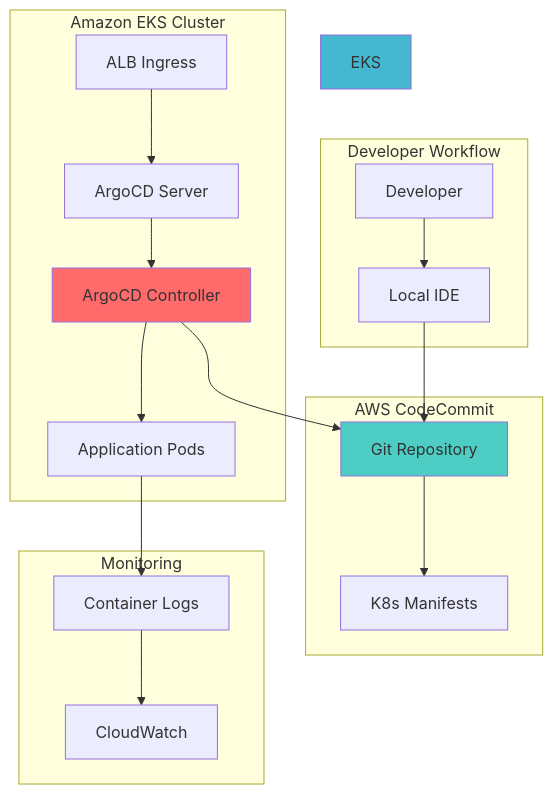
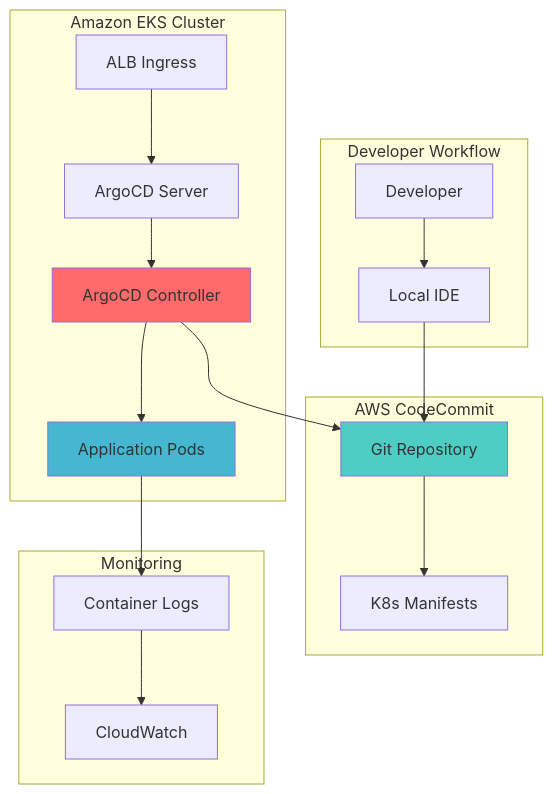
Before and after one commit to mzazon/awesome-cloud-projects: the diagram in aws/gitops-eks-argocd/gitops-eks-argocd.md, drawn with Mermaid. The commit also changed other lines of this file and 5581 other files, not shown here.

````diff
--- a/aws/gitops-eks-argocd/gitops-eks-argocd.md
+++ b/aws/gitops-eks-argocd/gitops-eks-argocd.md
@@ -30,38 +30,38 @@
 ```mermaid
 graph TB
     subgraph "Developer Workflow"
         DEV[Developer]
         IDE[Local IDE]
     end
     
     subgraph "AWS CodeCommit"
         REPO[Git Repository]
         CONFIG[K8s Manifests]
     end
     
     subgraph "Amazon EKS Cluster"
         ARGOCD[ArgoCD Controller]
         ARGOSRV[ArgoCD Server]
         APP[Application Pods]
         INGRESS[ALB Ingress]
     end
     
     subgraph "Monitoring"
         CW[CloudWatch]
         LOGS[Container Logs]
     end
     
     DEV-->IDE
     IDE-->REPO
     REPO-->CONFIG
     ARGOCD-->REPO
     ARGOCD-->APP
     ARGOSRV-->ARGOCD
     INGRESS-->ARGOSRV
     APP-->LOGS
     LOGS-->CW
     
     style ARGOCD fill:#FF6B6B
     style REPO fill:#4ECDC4
-    style EKS fill:#45B7D1
+    style APP fill:#45B7D1
 ```
````
